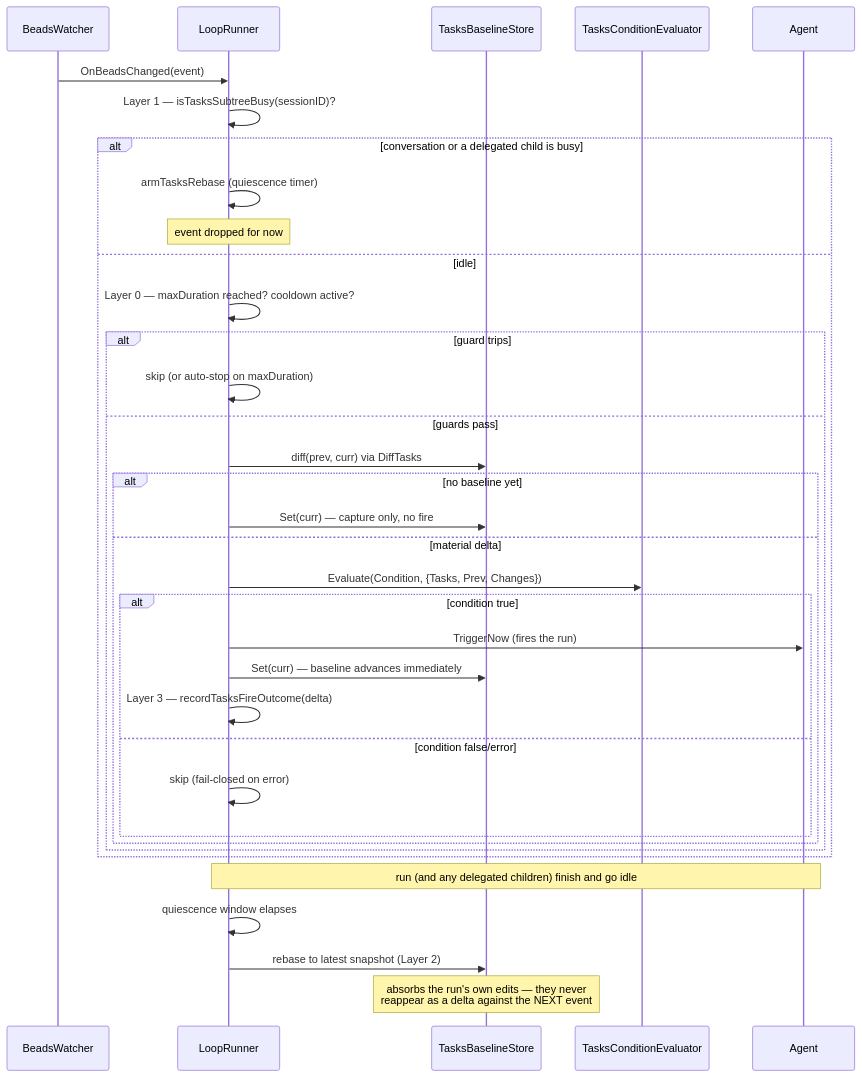
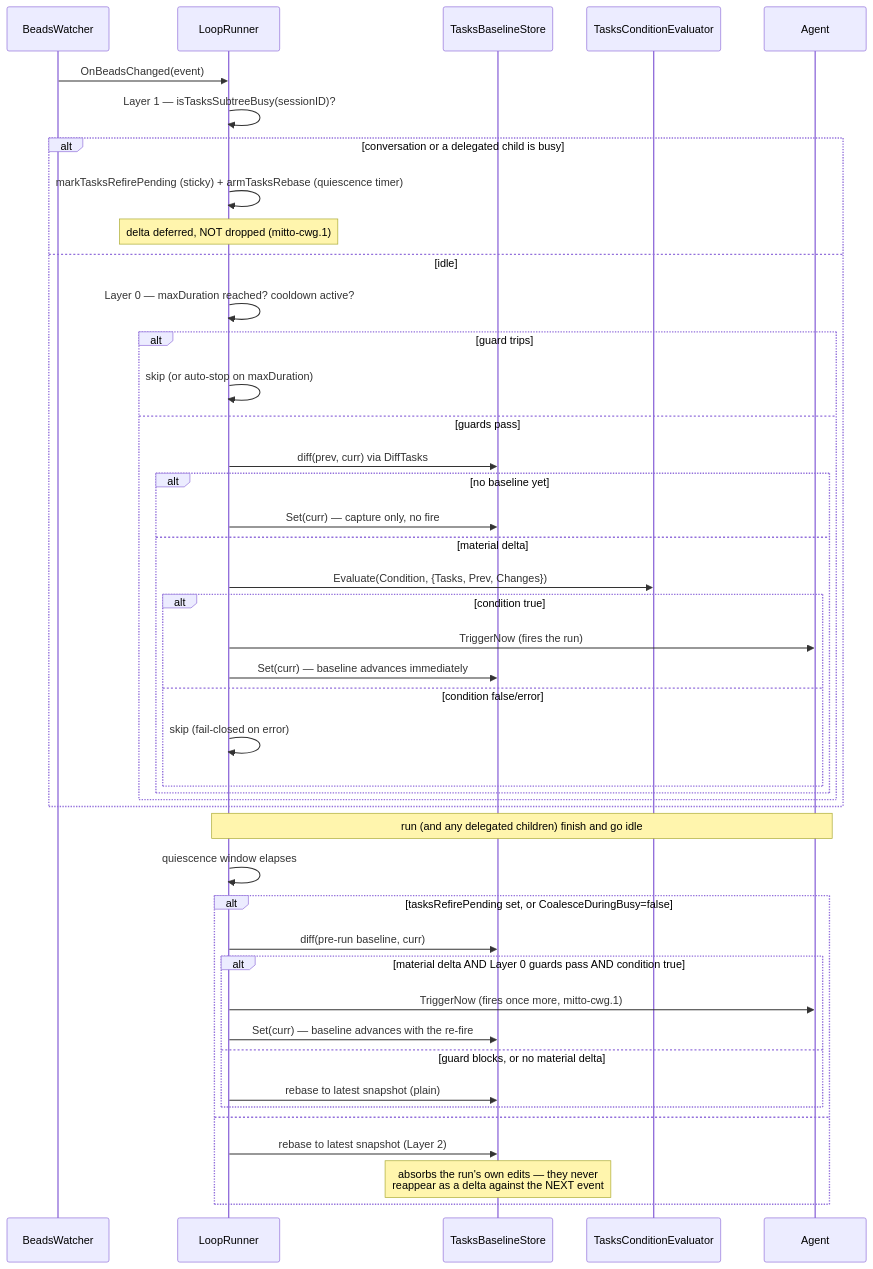
Before and after one commit to inercia/mitto: the fourth of 6 diagrams in docs/devel/message-queue.md, drawn with Mermaid. The commit also changed other lines of this file and 1510 other files, not shown here.

````diff
--- a/docs/devel/message-queue.md
+++ b/docs/devel/message-queue.md
@@ -234,39 +485,48 @@
 ```mermaid
 sequenceDiagram
     participant Watcher as BeadsWatcher
     participant PR as LoopRunner
     participant Baseline as TasksBaselineStore
     participant CEL as TasksConditionEvaluator
     participant Agent
 
     Watcher->>PR: OnBeadsChanged(event)
     PR->>PR: Layer 1 — isTasksSubtreeBusy(sessionID)?
     alt conversation or a delegated child is busy
-        PR->>PR: armTasksRebase (quiescence timer)
-        Note over PR: event dropped for now
+        PR->>PR: markTasksRefirePending (sticky) + armTasksRebase (quiescence timer)
+        Note over PR: delta deferred, NOT dropped (mitto-cwg.1)
     else idle
         PR->>PR: Layer 0 — maxDuration reached? cooldown active?
         alt guard trips
             PR->>PR: skip (or auto-stop on maxDuration)
         else guards pass
             PR->>Baseline: diff(prev, curr) via DiffTasks
             alt no baseline yet
                 PR->>Baseline: Set(curr) — capture only, no fire
             else material delta
                 PR->>CEL: Evaluate(Condition, {Tasks, Prev, Changes})
                 alt condition true
                     PR->>Agent: TriggerNow (fires the run)
                     PR->>Baseline: Set(curr) — baseline advances immediately
-                    PR->>PR: Layer 3 — recordTasksFireOutcome(delta)
                 else condition false/error
                     PR->>PR: skip (fail-closed on error)
                 end
             end
         end
     end
 
     Note over PR,Agent: run (and any delegated children) finish and go idle
     PR->>PR: quiescence window elapses
-    PR->>Baseline: rebase to latest snapshot (Layer 2)
-    Note over Baseline: absorbs the run's own edits — they never<br/>reappear as a delta against the NEXT event
+    alt tasksRefirePending set, or CoalesceDuringBusy=false
+        PR->>Baseline: diff(pre-run baseline, curr)
+        alt material delta AND Layer 0 guards pass AND condition true
+            PR->>Agent: TriggerNow (fires once more, mitto-cwg.1)
+            PR->>Baseline: Set(curr) — baseline advances with the re-fire
+        else guard blocks, or no material delta
+            PR->>Baseline: rebase to latest snapshot (plain)
+        end
+    else
+        PR->>Baseline: rebase to latest snapshot (Layer 2)
+        Note over Baseline: absorbs the run's own edits — they never<br/>reappear as a delta against the NEXT event
+    end
 ```
````
